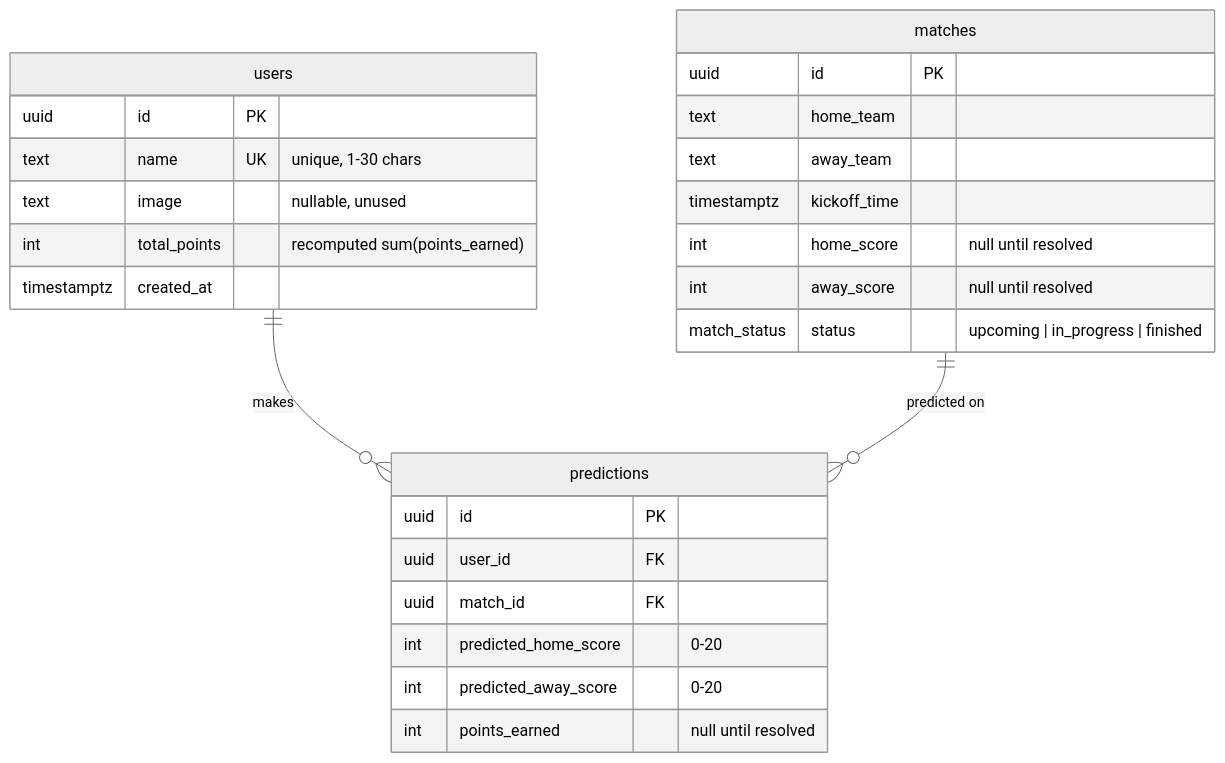
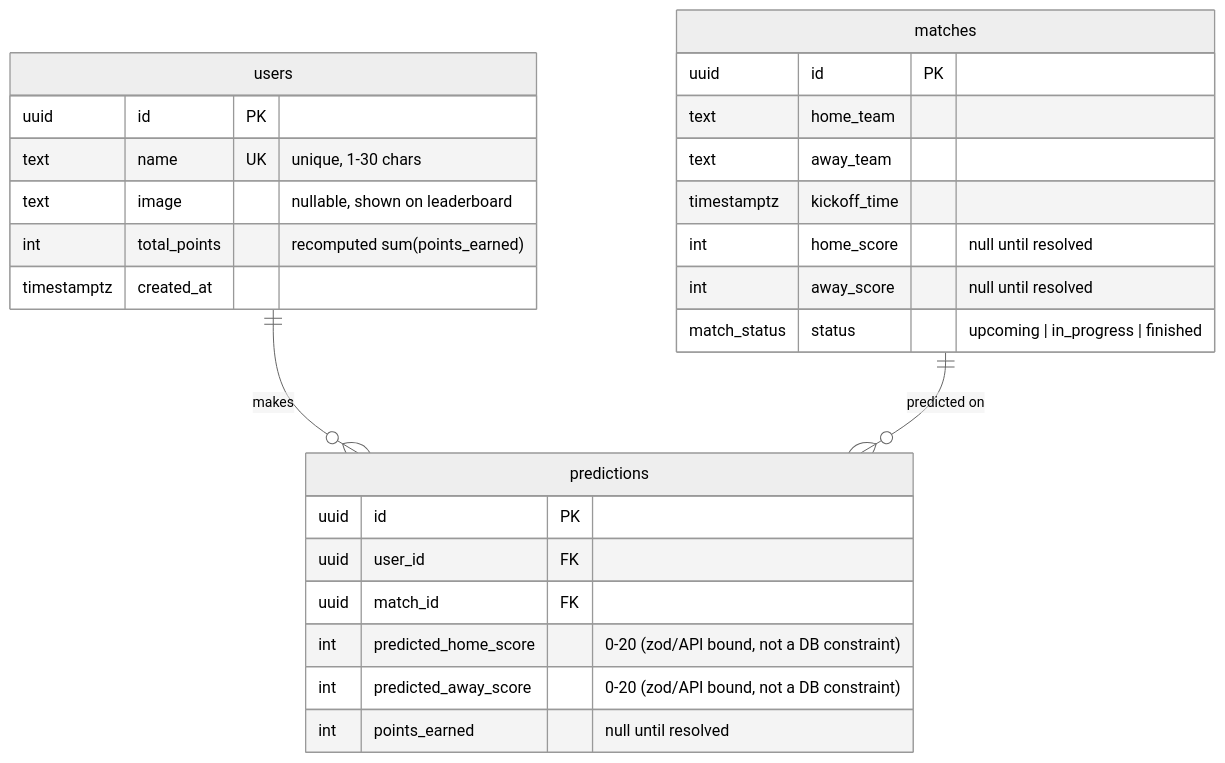
The first of 2 diagrams in DESIGN.md (ntxinh/wcbet), drawn with Mermaid (neutral theme) before and after one commit. The commit also changed other lines of this file and 24 other files, not shown here.

````diff
--- a/DESIGN.md
+++ b/DESIGN.md
@@ -7,30 +7,30 @@
 ```mermaid
 erDiagram
     users ||--o{ predictions : makes
     matches ||--o{ predictions : "predicted on"
 
     users {
         uuid id PK
         text name UK "unique, 1-30 chars"
-        text image "nullable, unused"
+        text image "nullable, shown on leaderboard"
         int total_points "recomputed sum(points_earned)"
         timestamptz created_at
     }
     matches {
         uuid id PK
         text home_team
         text away_team
         timestamptz kickoff_time
         int home_score "null until resolved"
         int away_score "null until resolved"
         match_status status "upcoming | in_progress | finished"
     }
     predictions {
         uuid id PK
         uuid user_id FK
         uuid match_id FK
-        int predicted_home_score "0-20"
-        int predicted_away_score "0-20"
+        int predicted_home_score "0-20 (zod/API bound, not a DB constraint)"
+        int predicted_away_score "0-20 (zod/API bound, not a DB constraint)"
         int points_earned "null until resolved"
     }
 ```
````
